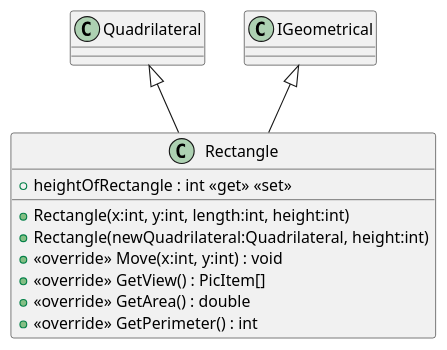
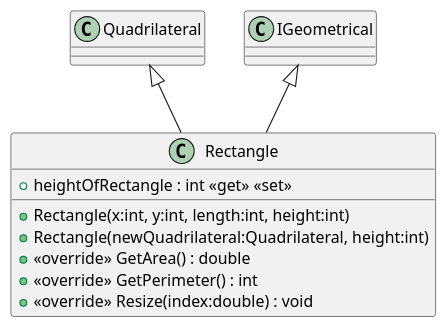
One commit to 19vano97/levelUpOOP changed the diagram in plantuml/20240701_HW_Inheritence/Retangle.puml. Above: the diagram before and after it, drawn with PlantUML. The commit also changed 21 other files, not shown here.

```diff
--- a/plantuml/20240701_HW_Inheritence/Retangle.puml
+++ b/plantuml/20240701_HW_Inheritence/Retangle.puml
@@ -1,13 +1,12 @@
 @startuml
 class Rectangle {
     + Rectangle(x:int, y:int, length:int, height:int)
     + Rectangle(newQuadrilateral:Quadrilateral, height:int)
     + heightOfRectangle : int <<get>> <<set>>
-    + <<override>> Move(x:int, y:int) : void
-    + <<override>> GetView() : PicItem[]
     + <<override>> GetArea() : double
     + <<override>> GetPerimeter() : int
+    + <<override>> Resize(index:double) : void
 }
 Quadrilateral <|-- Rectangle
 IGeometrical <|-- Rectangle
 @enduml
```
